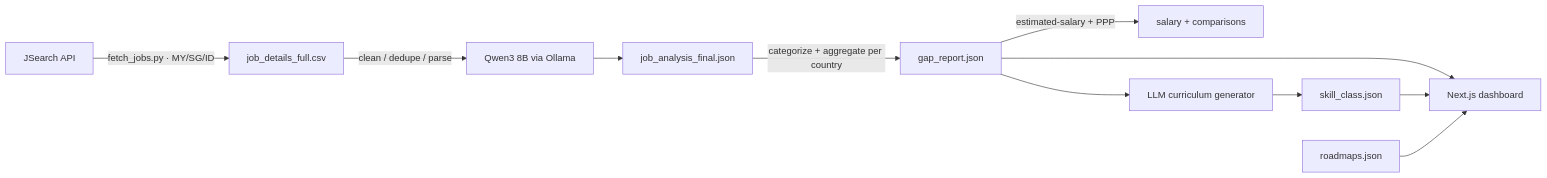
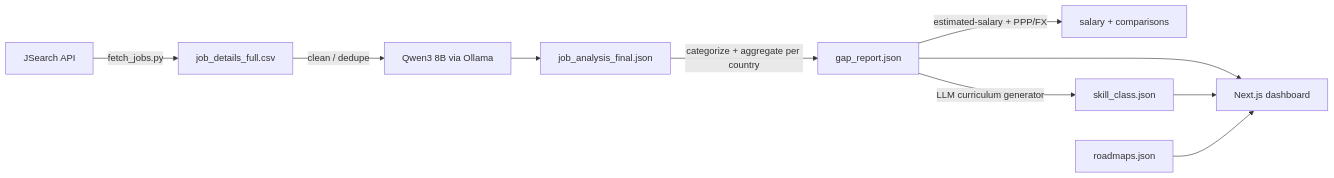
Before and after one commit to RSGzen/udiff: the diagram in README.md, drawn with Mermaid. The commit also changed other lines of this file and 1 other file, not shown here.

````diff
--- a/README.md
+++ b/README.md
@@ -20,13 +29,12 @@
 ```mermaid
 flowchart LR
-    A[JSearch API] -->|fetch_jobs.py · MY/SG/ID| C[job_details_full.csv]
-    C -->|clean / dedupe / parse| D[Qwen3 8B via Ollama]
+    A[JSearch API] -->|fetch_jobs.py| C[job_details_full.csv]
+    C -->|clean / dedupe| D[Qwen3 8B via Ollama]
     D --> E[job_analysis_final.json]
     E -->|categorize + aggregate per country| F[gap_report.json]
-    F -->|estimated-salary + PPP| S[salary + comparisons]
-    F --> G[LLM curriculum generator]
-    G --> H[skill_class.json]
+    F -->|estimated-salary + PPP/FX| S[salary + comparisons]
+    F -->|LLM curriculum generator| H[skill_class.json]
     F --> W[Next.js dashboard]
     H --> W
     R[roadmaps.json] --> W
 ```
````
